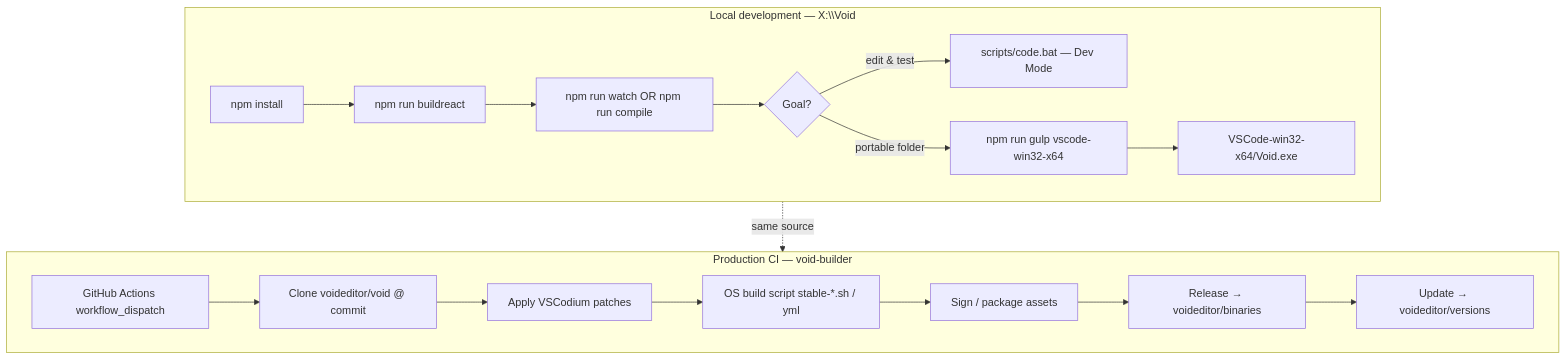
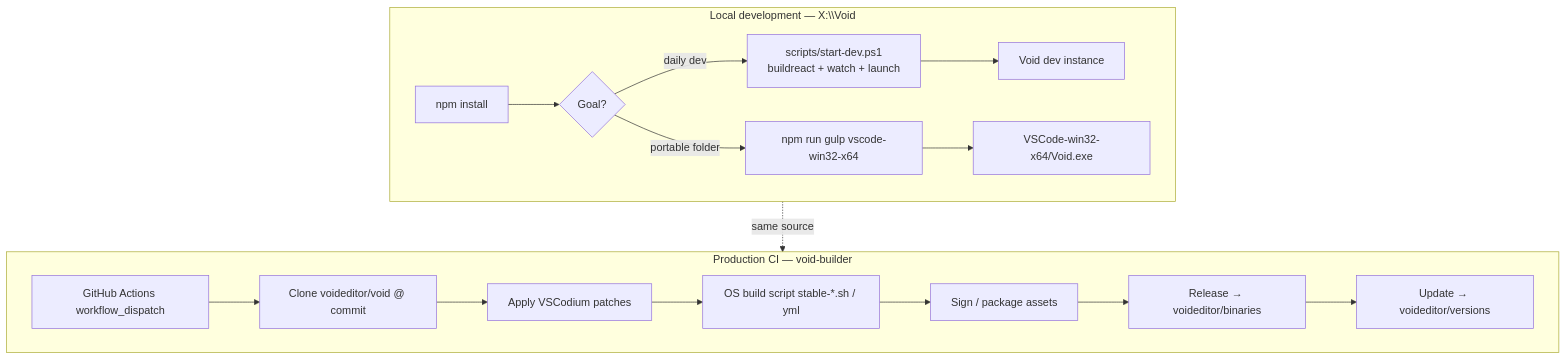
Before and after one commit to agnisadhak01/void: the third of 6 diagrams in docs/ECOSYSTEM.md, drawn with Mermaid. The commit also changed other lines of this file and 8 other files, not shown here.

Commit message:
Update documentation to emphasize the use of `scripts/start-dev.ps1` for Windows development. Enhance clarity in HOW_TO_CONTRIBUTE, README, and BUILD files regarding the development workflow, including quick start commands and script references for building and launching the Void application.

````diff
--- a/docs/ECOSYSTEM.md
+++ b/docs/ECOSYSTEM.md
@@ -95,30 +95,29 @@
 ```mermaid
 flowchart TB
   subgraph local["Local development — X:\\Void"]
     L1[npm install]
-    L2[npm run buildreact]
-    L3[npm run watch OR npm run compile]
     L4{Goal?}
-    L5[scripts/code.bat — Dev Mode]
+    L0["scripts/start-dev.ps1<br/>buildreact + watch + launch"]
+    L5[Void dev instance]
     L6[npm run gulp vscode-win32-x64]
     L7[VSCode-win32-x64/Void.exe]
 
-    L1 --> L2 --> L3 --> L4
-    L4 -->|edit & test| L5
+    L1 --> L4
+    L4 -->|daily dev| L0 --> L5
     L4 -->|portable folder| L6 --> L7
   end
 
   subgraph ci["Production CI — void-builder"]
     C1[GitHub Actions workflow_dispatch]
     C2[Clone voideditor/void @ commit]
     C3[Apply VSCodium patches]
     C4[OS build script stable-*.sh / yml]
     C5[Sign / package assets]
     C6[Release → voideditor/binaries]
     C7[Update → voideditor/versions]
 
     C1 --> C2 --> C3 --> C4 --> C5 --> C6 --> C7
   end
 
   local -.->|same source| ci
 ```
````
